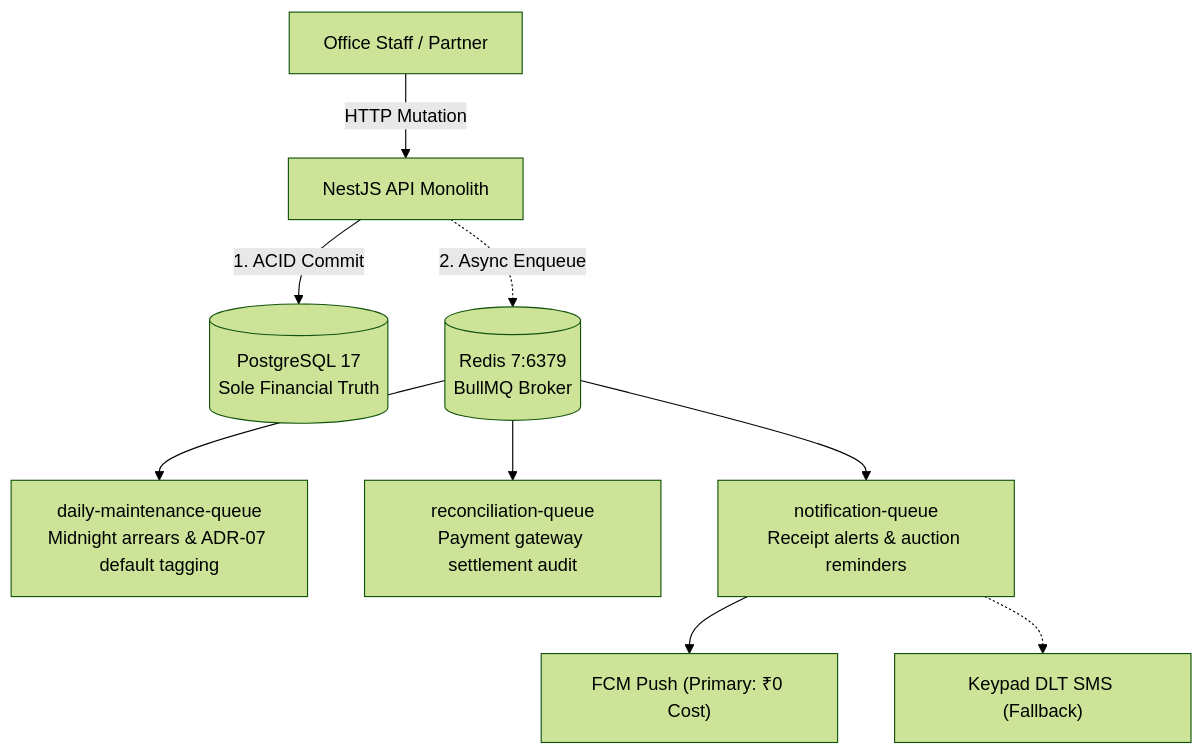
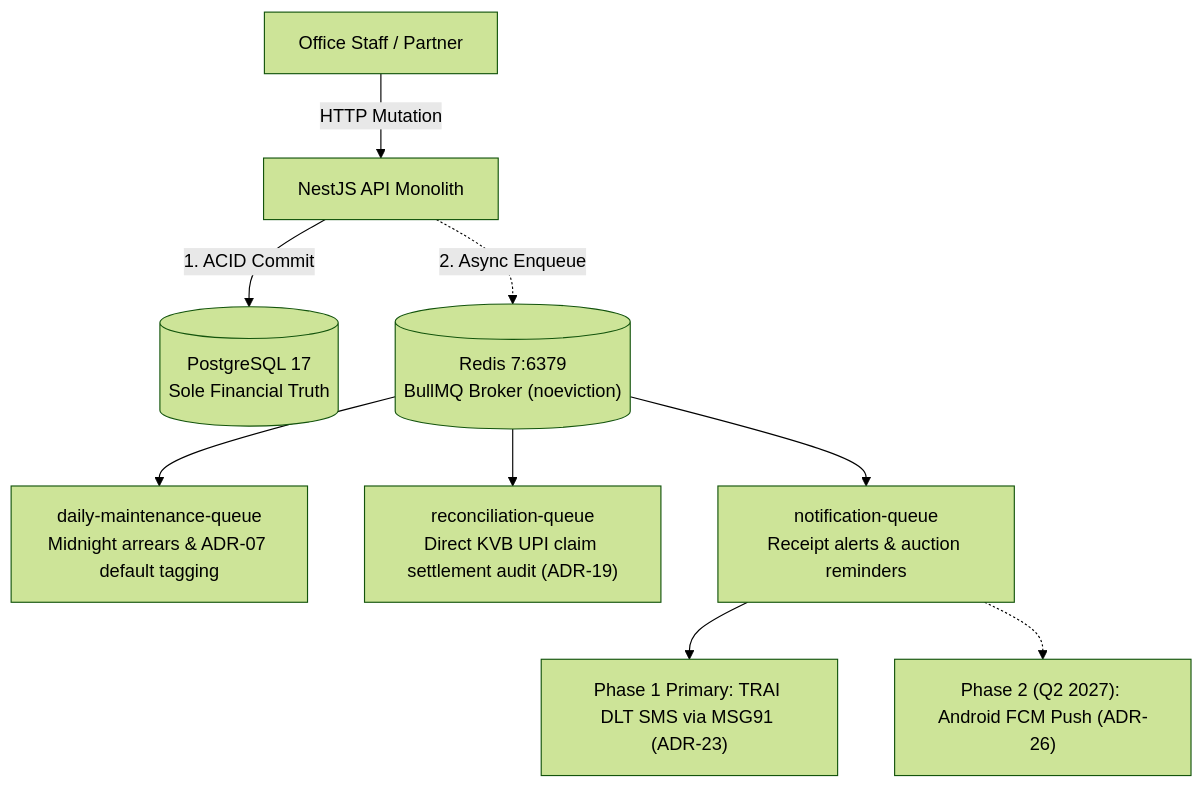
One commit to Kathir-24/Kumaran-finance changed the diagram in docs/web/background-jobs-admin.md. Above: the diagram before and after it, drawn with Mermaid (forest theme). The commit also changed other lines of this file and 4 other files, not shown here.

````diff
--- a/docs/web/background-jobs-admin.md
+++ b/docs/web/background-jobs-admin.md
@@ -15,11 +16,11 @@
 ```mermaid
 flowchart TD
     A["Office Staff / Partner"] -->|HTTP Mutation| API["NestJS API Monolith"]
     API -->|1. ACID Commit| PG[("PostgreSQL 17\nSole Financial Truth")]
-    API -.->|2. Async Enqueue| Redis[("Redis 7:6379\nBullMQ Broker")]
+    API -.->|2. Async Enqueue| Redis[("Redis 7:6379\nBullMQ Broker (noeviction)")]
     Redis --> Q1["daily-maintenance-queue\nMidnight arrears & ADR-07 default tagging"]
-    Redis --> Q2["reconciliation-queue\nPayment gateway settlement audit"]
+    Redis --> Q2["reconciliation-queue\nDirect KVB UPI claim settlement audit (ADR-19)"]
     Redis --> Q3["notification-queue\nReceipt alerts & auction reminders"]
-    Q3 --> FCM["FCM Push (Primary: ₹0 Cost)"]
-    Q3 -.-> SMS["Keypad DLT SMS (Fallback)"]
+    Q3 --> SMS["Phase 1 Primary: TRAI DLT SMS via MSG91 (ADR-23)"]
+    Q3 -.-> FCM["Phase 2 (Q2 2027): Android FCM Push (ADR-26)"]
 ```
````
